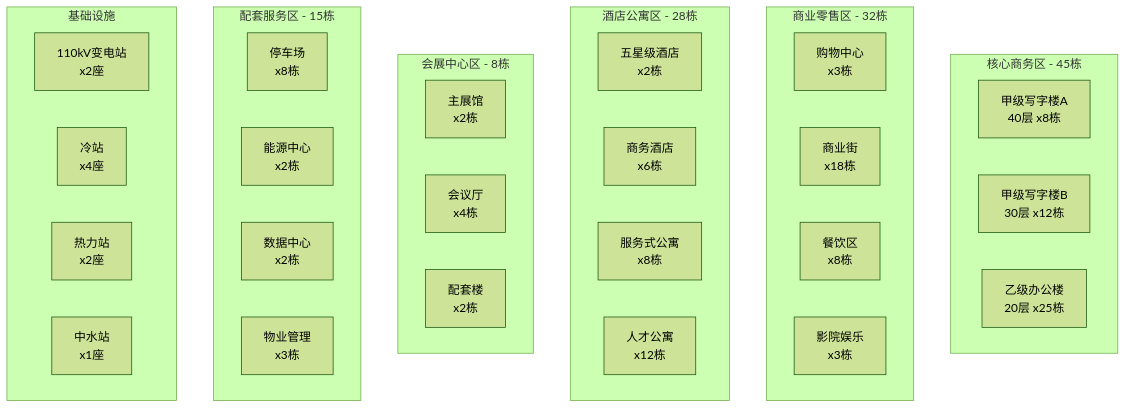
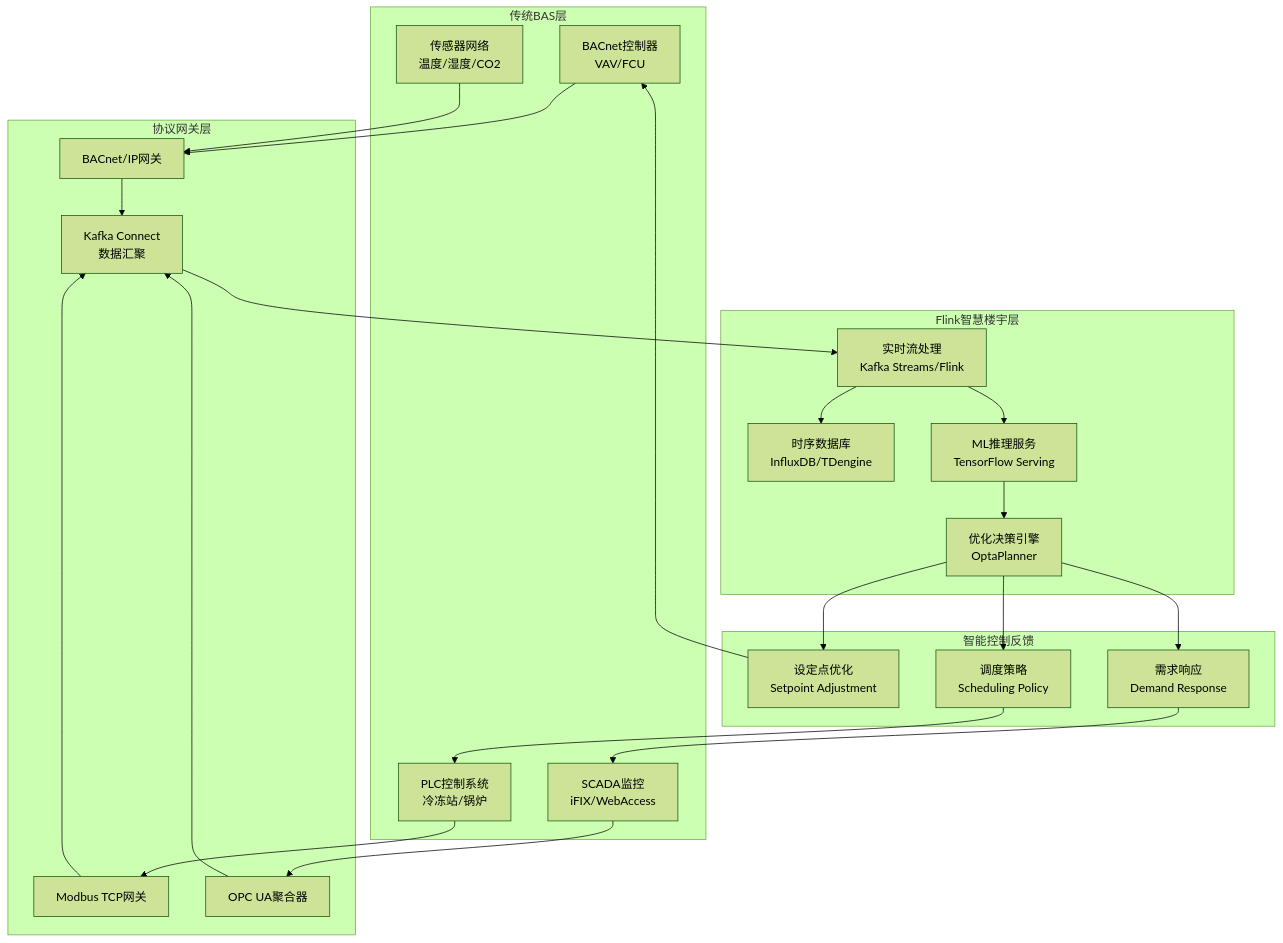
One commit to AdaMartin18010/AnalysisDataFlow changed the first of 12 diagrams in Flink-IoT-Authority-Alignment/Phase-12-Smart-Building/case-smart-building-complete.md. Above: the diagram before and after it, drawn with Mermaid (forest theme). The commit also changed other lines of this file and 8 other files, not shown here.

````diff
--- a/Flink-IoT-Authority-Alignment/Phase-12-Smart-Building/case-smart-building-complete.md
+++ b/Flink-IoT-Authority-Alignment/Phase-12-Smart-Building/case-smart-building-complete.md
@@ -34,42 +396,40 @@
 ```mermaid
 graph TB
-    subgraph 核心商务区[核心商务区 - 45栋]
-        A1[甲级写字楼A<br/>40层 x8栋]
-        A2[甲级写字楼B<br/>30层 x12栋]
-        A3[乙级办公楼<br/>20层 x25栋]
+    subgraph BAS[传统BAS层]
+        B1[BACnet控制器<br/>VAV/FCU]
+        B2[PLC控制系统<br/>冷冻站/锅炉]
+        B3[SCADA监控<br/>iFIX/WebAccess]
+        B4[传感器网络<br/>温度/湿度/CO2]
     end
 
-    subgraph 商业区[商业零售区 - 32栋]
-        B1[购物中心<br/>x3栋]
-        B2[商业街<br/>x18栋]
-        B3[餐饮区<br/>x8栋]
-        B4[影院娱乐<br/>x3栋]
+    subgraph Gateway[协议网关层]
+        G1[BACnet/IP网关]
+        G2[Modbus TCP网关]
+        G3[OPC UA聚合器]
+        G4[Kafka Connect<br/>数据汇聚]
     end
 
-    subgraph 酒店区[酒店公寓区 - 28栋]
-        C1[五星级酒店<br/>x2栋]
-        C2[商务酒店<br/>x6栋]
-        C3[服务式公寓<br/>x8栋]
-        C4[人才公寓<br/>x12栋]
+    subgraph SBMS[Flink智慧楼宇层]
+        S1[实时流处理<br/>Kafka Streams/Flink]
+        S2[时序数据库<br/>InfluxDB/TDengine]
+        S3[ML推理服务<br/>TensorFlow Serving]
+        S4[优化决策引擎<br/>OptaPlanner]
     end
 
-    subgraph 会展区[会展中心区 - 8栋]
-        D1[主展馆<br/>x2栋]
-        D2[会议厅<br/>x4栋]
-        D3[配套楼<br/>x2栋]
+    subgraph Control[智能控制反馈]
+        C1[设定点优化<br/>Setpoint Adjustment]
+        C2[调度策略<br/>Scheduling Policy]
+        C3[需求响应<br/>Demand Response]
     end
 
-    subgraph 配套区[配套服务区 - 15栋]
-        E1[停车场<br/>x8栋]
-        E2[能源中心<br/>x2栋]
-        E3[数据中心<br/>x2栋]
-        E4[物业管理<br/>x3栋]
-    end
+    B1 --> G1 --> G4
+    B2 --> G2 --> G4
+    B3 --> G3 --> G4
+    B4 --> G1
 
-    subgraph 基础设施[基础设施]
-        F1[110kV变电站<br/>x2座]
-        F2[冷站<br/>x4座]
-        F3[热力站<br/>x2座]
-        F4[中水站<br/>x1座]
-    end
+    G4 --> S1 --> S2
+    S1 --> S3 --> S4
+    S4 --> C1 --> B1
+    S4 --> C2 --> B2
+    S4 --> C3 --> B3
 ```
````
